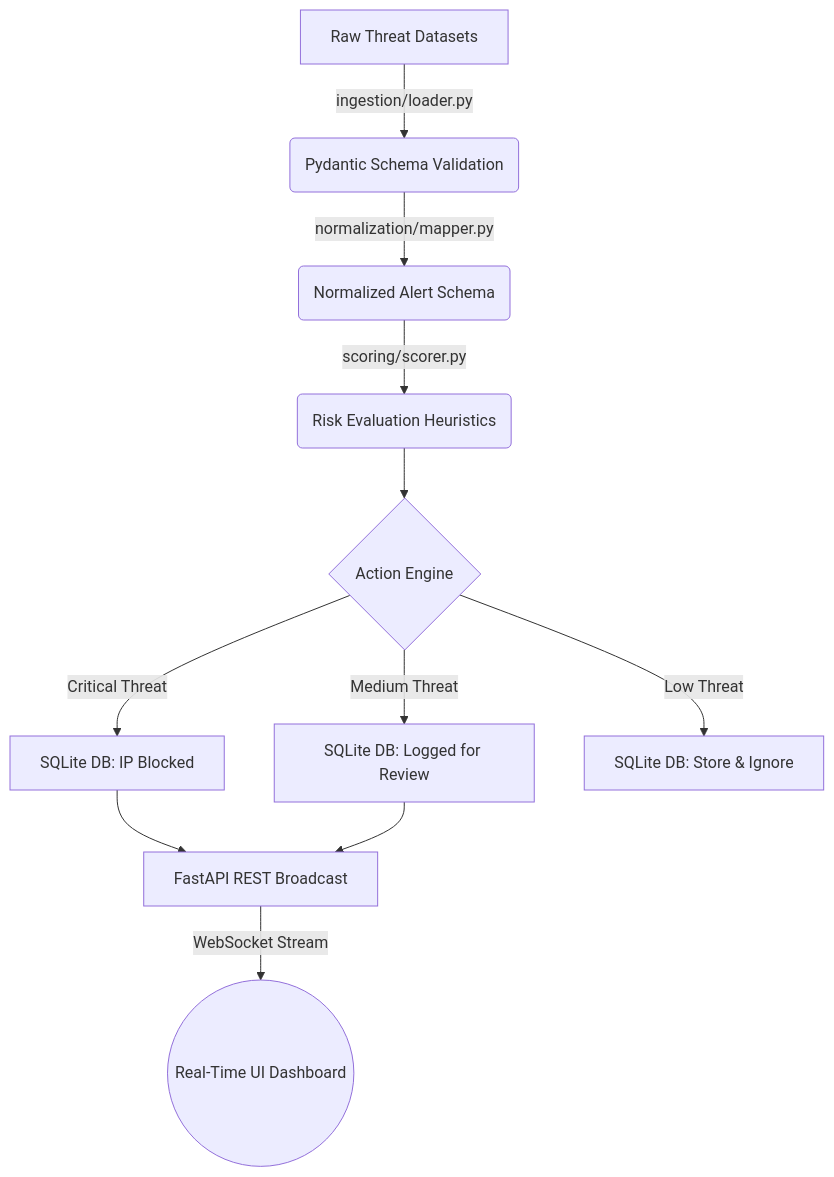
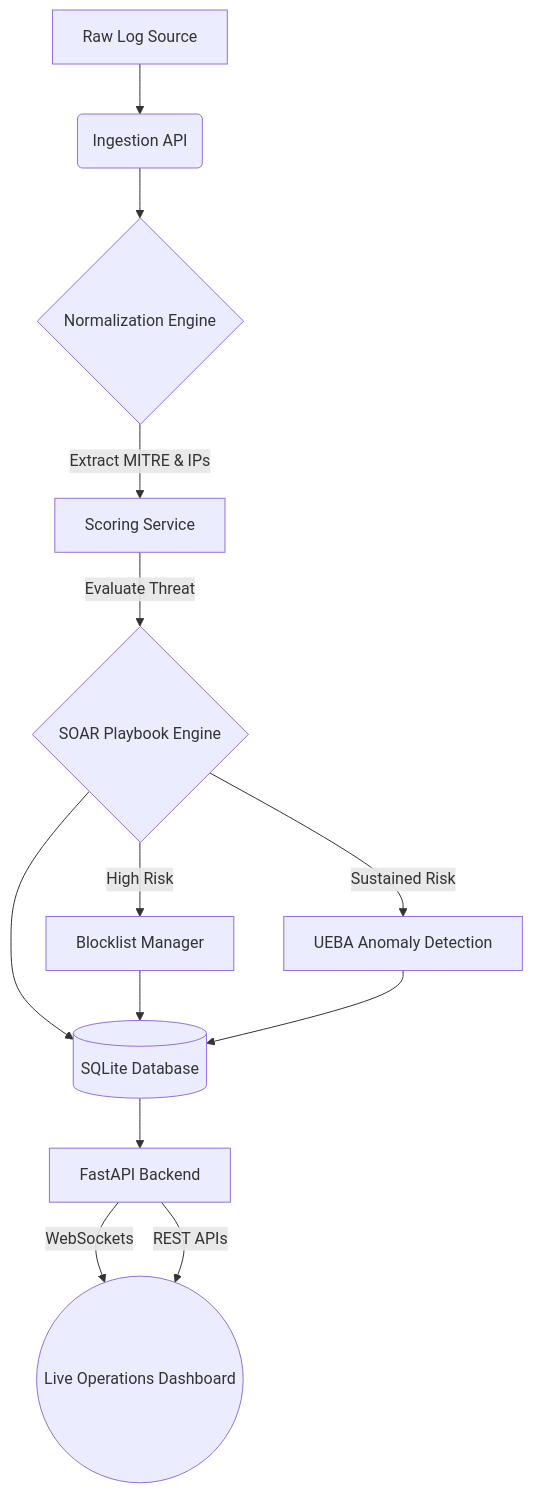
Before and after one commit to svemula17/smart-siem-risk-engine: the diagram in README.md, drawn with Mermaid. The commit also changed other lines of this file and 3 other files, not shown here.

````diff
--- a/README.md
+++ b/README.md
@@ -25,13 +25,18 @@
 ```mermaid
 graph TD
-    A[Raw Threat Datasets] -->|ingestion/loader.py| B(Pydantic Schema Validation)
-    B -->|normalization/mapper.py| C(Normalized Alert Schema)
-    C -->|scoring/scorer.py| D(Risk Evaluation Heuristics)
-    D --> E{Action Engine}
-    E -->|Critical Threat| F[SQLite DB: IP Blocked]
-    E -->|Medium Threat| G[SQLite DB: Logged for Review]
-    E -->|Low Threat| H[SQLite DB: Store & Ignore]
-    F --> I[FastAPI REST Broadcast]
-    G --> I
-    I -->|WebSocket Stream| J((Real-Time UI Dashboard))
+    A[Raw Log Source] --> B(Ingestion API)
+    B --> C{Normalization Engine}
+    C -->|Extract MITRE & IPs| D[Scoring Service]
+    D -->|Evaluate Threat| E{SOAR Playbook Engine}
+    
+    E -->|High Risk| F[Blocklist Manager]
+    E -->|Sustained Risk| G[UEBA Anomaly Detection]
+    
+    E --> H[(SQLite Database)]
+    F --> H
+    G --> H
+    
+    H --> I[FastAPI Backend]
+    I -->|WebSockets| J((Live Operations Dashboard))
+    I -->|REST APIs| J
 ```
````
